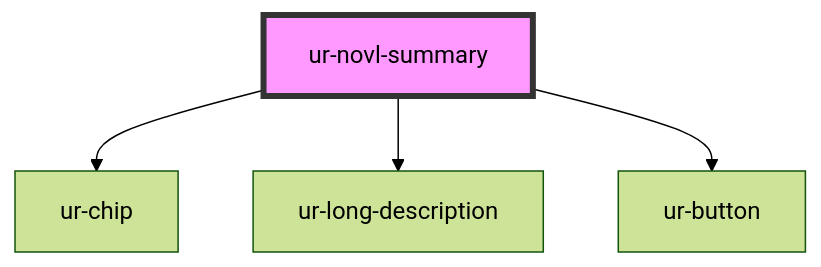
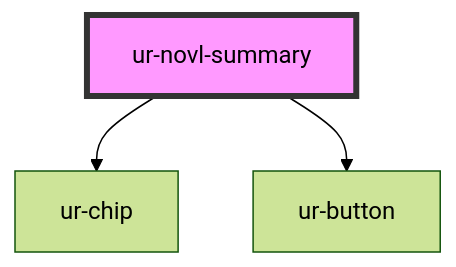
Before and after one commit to hellish/urnovl-web-components: the diagram in src/components/ur-novl-summary/readme.md, drawn with Mermaid (forest theme). The commit also changed other lines of this file and 10 other files, not shown here.

````diff
--- a/src/components/ur-novl-summary/readme.md
+++ b/src/components/ur-novl-summary/readme.md
@@ -62,7 +75,6 @@
 ```mermaid
 graph TD;
   ur-novl-summary --> ur-chip
-  ur-novl-summary --> ur-long-description
   ur-novl-summary --> ur-button
   style ur-novl-summary fill:#f9f,stroke:#333,stroke-width:4px
 ```
````
